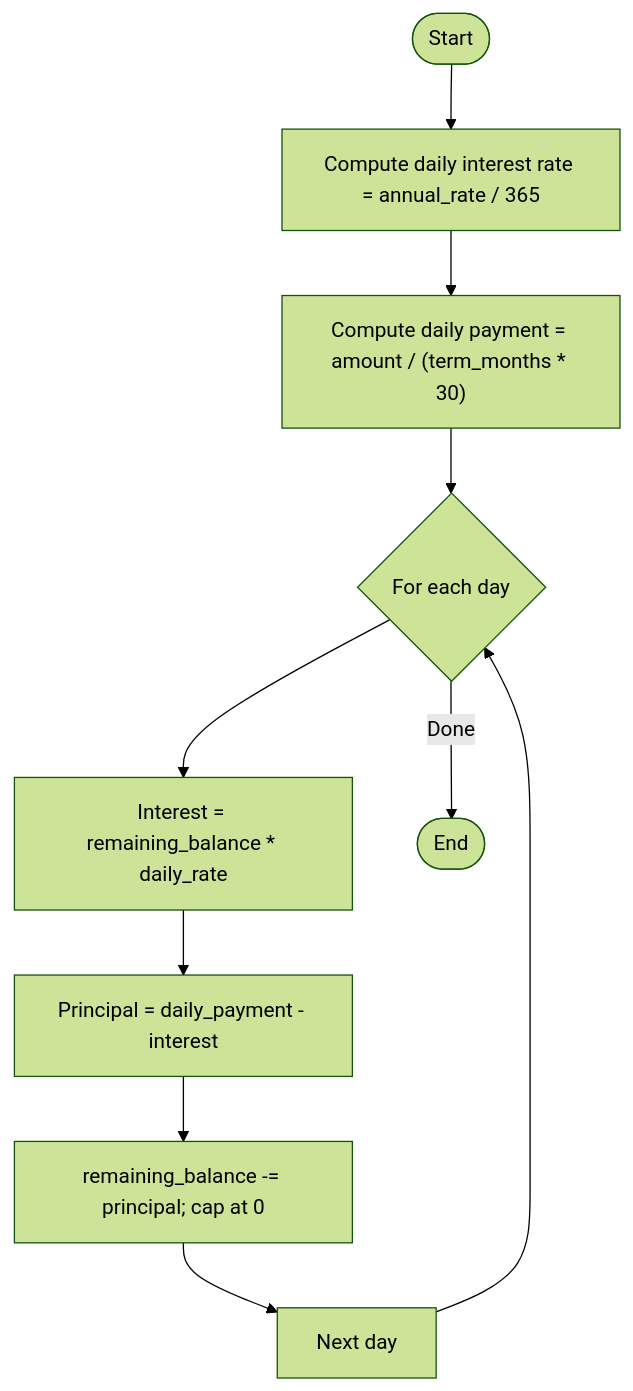
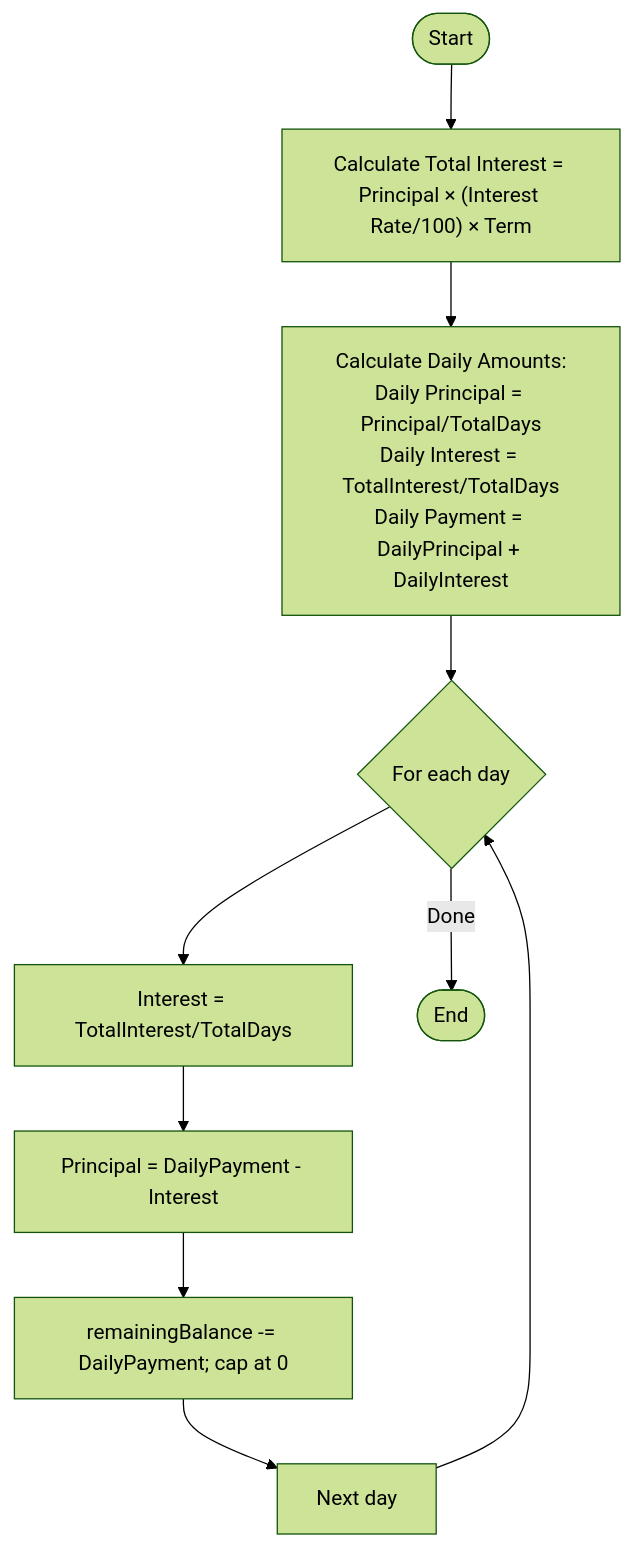
Before and after one commit to Unsure-bry/sampacoop_system: the eighth of 11 diagrams in .qoder/repowiki/en/content/API Endpoints Reference/Loan Management API.md, drawn with Mermaid (forest theme). The commit also changed other lines of this file and 24 other files, not shown here.

````diff
--- a/.qoder/repowiki/en/content/API Endpoints Reference/Loan Management API.md
+++ b/.qoder/repowiki/en/content/API Endpoints Reference/Loan Management API.md
@@ -350,12 +380,12 @@
 ```mermaid
 flowchart TD
-S(["Start"]) --> IR["Compute daily interest rate = annual_rate / 365"]
-IR --> DP["Compute daily payment = amount / (term_months * 30)"]
-DP --> Loop{"For each day"}
-Loop --> IP["Interest = remaining_balance * daily_rate"]
-IP --> PP["Principal = daily_payment - interest"]
-PP --> RB["remaining_balance -= principal; cap at 0"]
+S(["Start"]) --> TI["Calculate Total Interest = Principal × (Interest Rate/100) × Term"]
+TI --> DA["Calculate Daily Amounts:<br/>Daily Principal = Principal/TotalDays<br/>Daily Interest = TotalInterest/TotalDays<br/>Daily Payment = DailyPrincipal + DailyInterest"]
+DA --> Loop{"For each day"}
+Loop --> IP["Interest = TotalInterest/TotalDays"]
+IP --> PP["Principal = DailyPayment - Interest"]
+PP --> RB["remainingBalance -= DailyPayment; cap at 0"]
 RB --> Next["Next day"]
 Next --> Loop
 Loop --> |Done| E(["End"])
 ```
````
